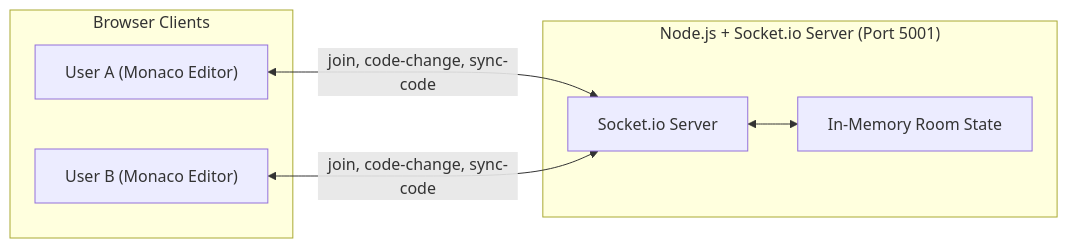
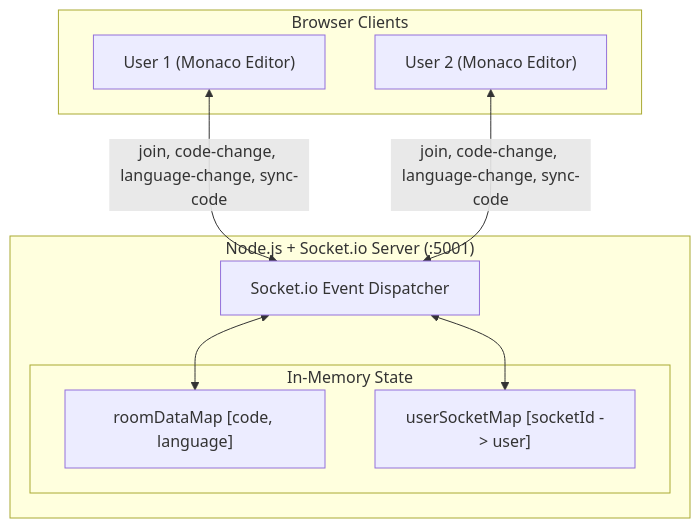
Before and after one commit to paracetamol0807/Real-Time-Collab-Code-Editor: the diagram in README.md, drawn with Mermaid. The commit also changed other lines of this file, not shown here.

````diff
--- a/README.md
+++ b/README.md
@@ -103,16 +123,20 @@
 ```mermaid
-flowchart LR
+flowchart TD
     subgraph Clients ["Browser Clients"]
-        A["User A (Monaco Editor)"]
-        B["User B (Monaco Editor)"]
+        A["User 1 (Monaco Editor)"]
+        B["User 2 (Monaco Editor)"]
     end
 
-    subgraph Server ["Node.js + Socket.io Server (Port 5001)"]
-        S["Socket.io Server"]
-        RM["In-Memory Room State"]
+    subgraph Server ["Node.js + Socket.io Server (:5001)"]
+        S["Socket.io Event Dispatcher"]
+        subgraph Storage ["In-Memory State"]
+            RM["roomDataMap [code, language]"]
+            UM["userSocketMap [socketId -> user]"]
+        end
     end
 
-    A <-->|"join, code-change, sync-code"| S
-    B <-->|"join, code-change, sync-code"| S
+    A <-->|"join, code-change, language-change, sync-code"| S
+    B <-->|"join, code-change, language-change, sync-code"| S
     S <--> RM
+    S <--> UM
 ```
````
